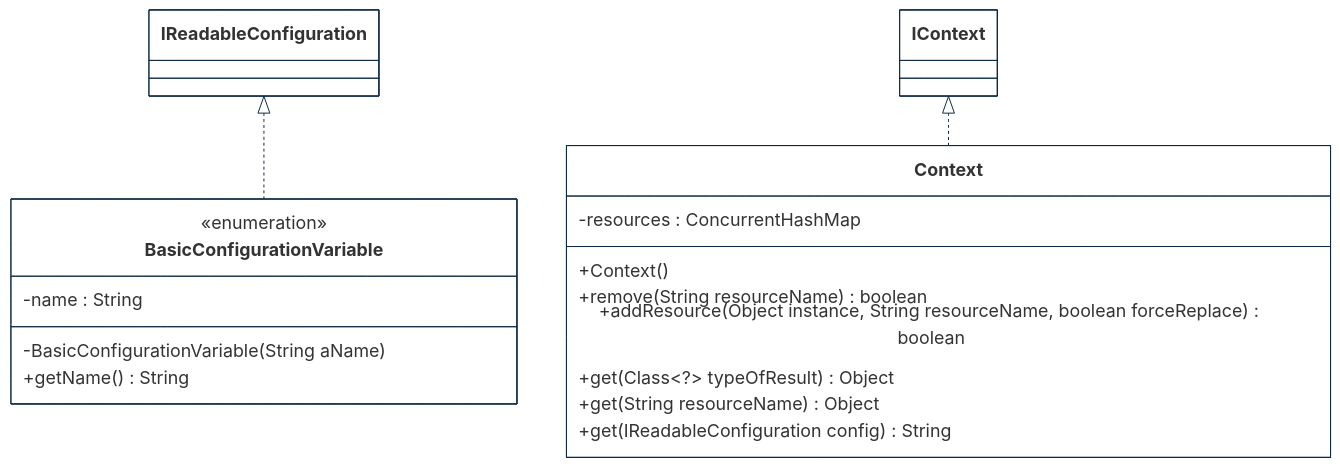
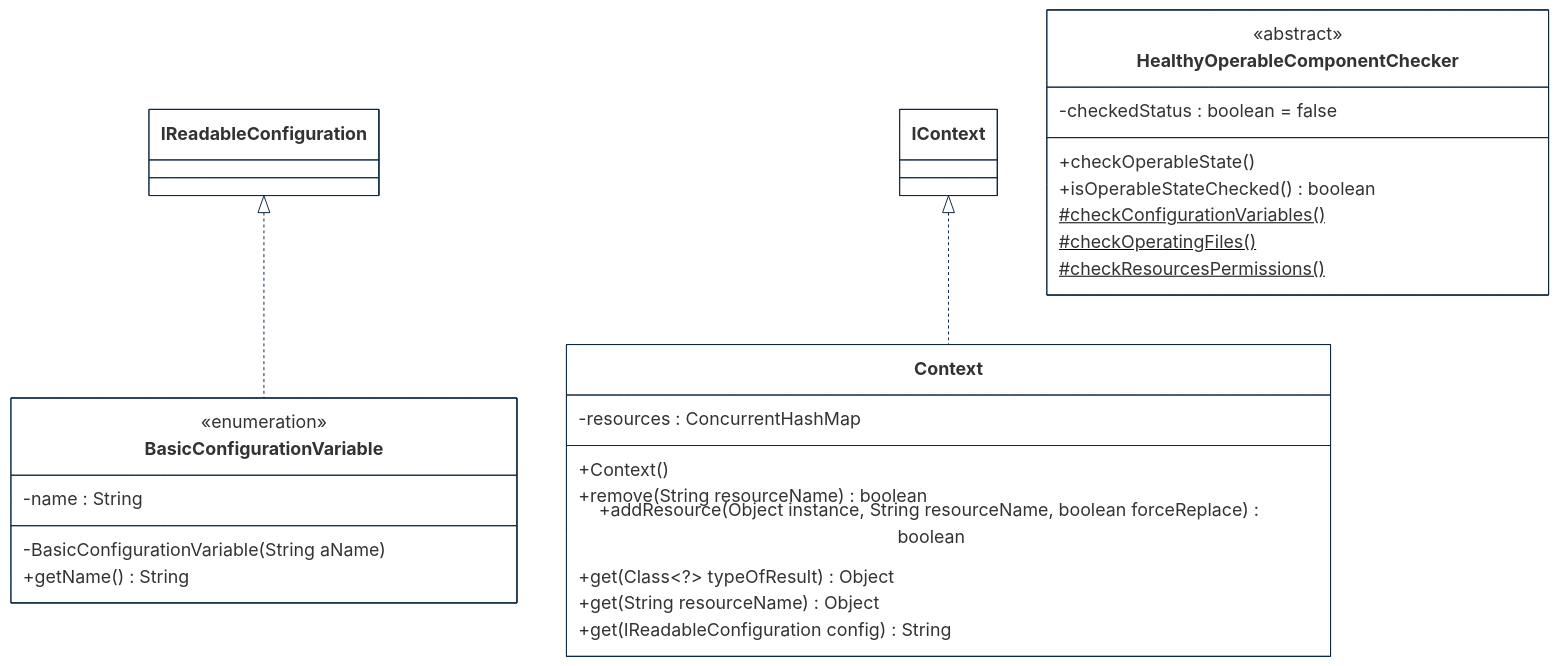
One commit to cybnity/foundation changed the diagram in implementations-line/framework/immutable/designview-structure-models.md. Above: the diagram before and after it, drawn with Mermaid.

````diff
--- a/implementations-line/framework/immutable/designview-structure-models.md
+++ b/implementations-line/framework/immutable/designview-structure-models.md
@@ -21,38 +21,47 @@
 ```mermaid
 %%{
   init: {
     'theme': 'base',
     'themeVariables': {
         'background': '#ffffff',
         'fontFamily': 'arial',
         'fontSize': '18px',
         'primaryColor': '#fff',
         'primaryBorderColor': '#0e2a43',
         'secondaryBorderColor': '#0e2a43',
         'tertiaryBorderColor': '#0e2a43',
         'edgeLabelBackground':'#0e2a43',
         'lineColor': '#0e2a43',
         'tertiaryColor': '#fff'
     }
   }
 }%%
 classDiagram
     IReadableConfiguration <|.. BasicConfigurationVariable
     IContext <|.. Context
 
     class Context {
         -resources : ConcurrentHashMap
         +Context()
         +remove(String resourceName) boolean
         +addResource(Object instance, String resourceName, boolean forceReplace) boolean
         +get(Class~?~ typeOfResult) Object
         +get(String resourceName) Object
         +get(IReadableConfiguration config) String
     }
     class BasicConfigurationVariable {
         <<enumeration>>
         -name : String
         -BasicConfigurationVariable(String aName)
         +getName() String
     }
+    class HealthyOperableComponentChecker {
+        <<abstract>>
+        -checkedStatus : boolean = false
+        +checkOperableState()
+        +isOperableStateChecked() boolean
+        #checkConfigurationVariables()$
+        #checkOperatingFiles()$
+        #checkResourcesPermissions()$
+    }
 ```
````
